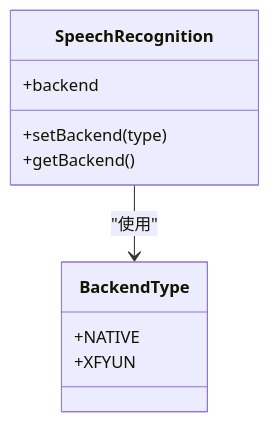
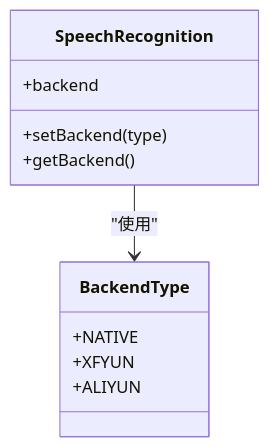
Before and after one commit to db300/MySpeechRecognition: the third of 10 diagrams in .qoder/repowiki/zh/content/语音识别模块详解/多后端管理机制.md, drawn with Mermaid. The commit also changed other lines of this file and 10 other files, not shown here.

````diff
--- a/.qoder/repowiki/zh/content/语音识别模块详解/多后端管理机制.md
+++ b/.qoder/repowiki/zh/content/语音识别模块详解/多后端管理机制.md
@@ -114,13 +133,14 @@
 ```mermaid
 classDiagram
 class SpeechRecognition {
 +backend
 +setBackend(type)
 +getBackend()
 }
 class BackendType {
 +NATIVE
 +XFYUN
++ALIYUN
 }
 SpeechRecognition --> BackendType : "使用"
 ```
````
